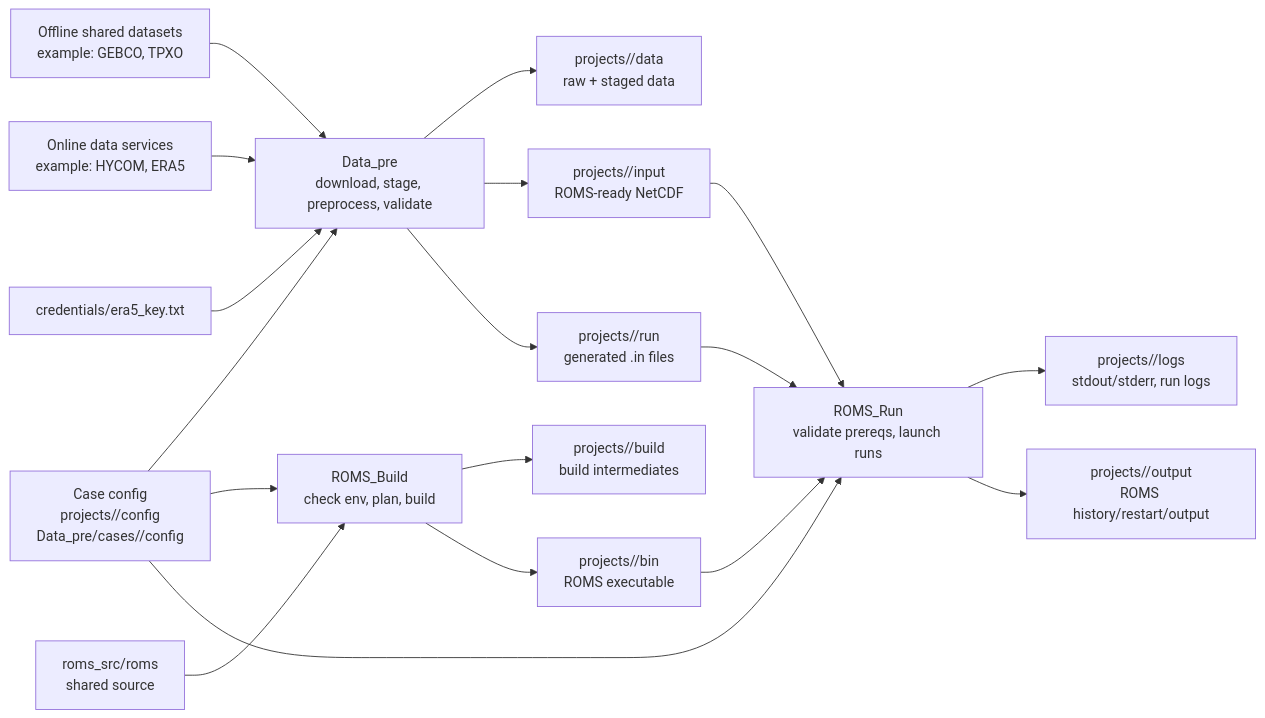
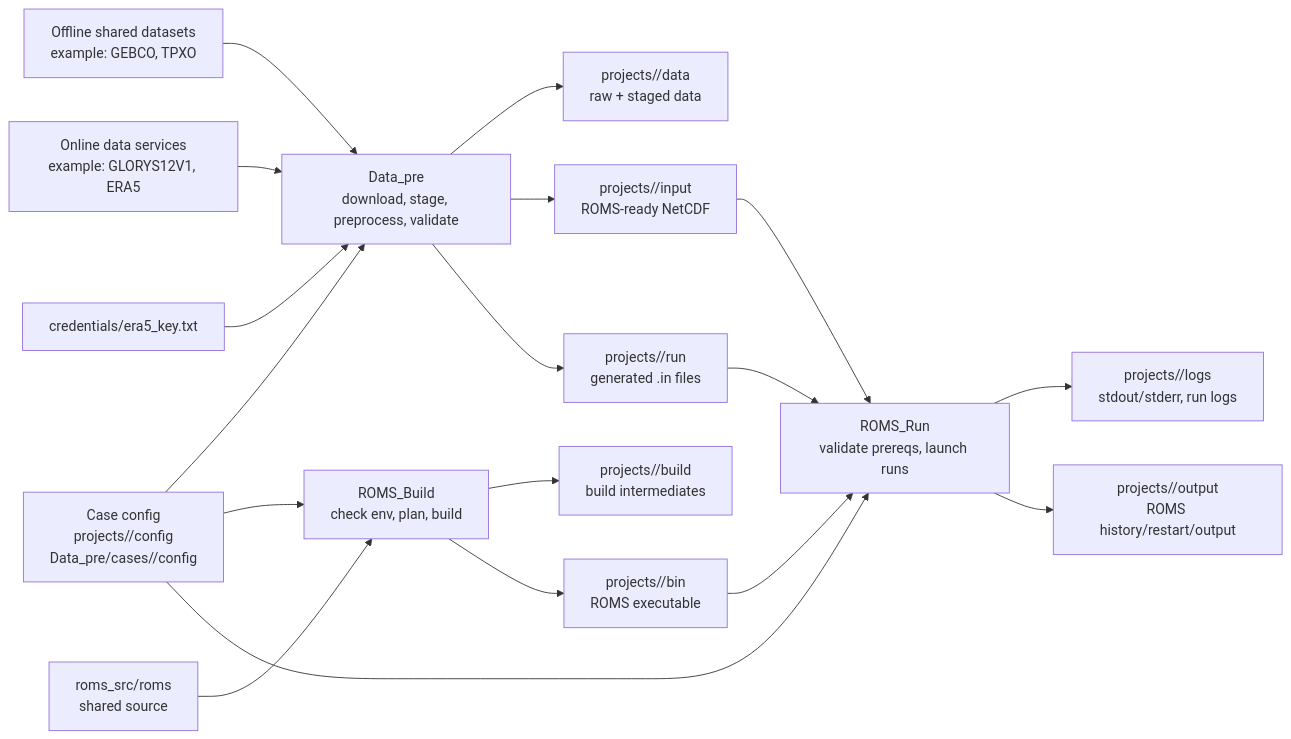
One commit to RRain001/ROMS changed the second of 2 diagrams in ARCHITECTURE_OVERVIEW.md. Above: the diagram before and after it, drawn with Mermaid. The commit also changed other lines of this file and 13 other files, not shown here.

````diff
--- a/ARCHITECTURE_OVERVIEW.md
+++ b/ARCHITECTURE_OVERVIEW.md
@@ -31,24 +31,24 @@
 ```mermaid
 flowchart LR
     A["Case config<br/>projects/<case>/config<br/>Data_pre/cases/<case>/config"] --> B["Data_pre<br/>download, stage, preprocess, validate"]
     C["Offline shared datasets<br/>example: GEBCO, TPXO"] --> B
-    D["Online data services<br/>example: HYCOM, ERA5"] --> B
+    D["Online data services<br/>example: GLORYS12V1, ERA5"] --> B
     E["credentials/era5_key.txt"] --> B
 
     B --> F["projects/<case>/data<br/>raw + staged data"]
     B --> G["projects/<case>/input<br/>ROMS-ready NetCDF"]
     B --> H["projects/<case>/run<br/>generated .in files"]
 
     I["roms_src/roms<br/>shared source"] --> J["ROMS_Build<br/>check env, plan, build"]
     A --> J
     J --> K["projects/<case>/build<br/>build intermediates"]
     J --> L["projects/<case>/bin<br/>ROMS executable"]
 
     G --> M["ROMS_Run<br/>validate prereqs, launch runs"]
     H --> M
     L --> M
     A --> M
 
     M --> N["projects/<case>/logs<br/>stdout/stderr, run logs"]
     M --> O["projects/<case>/output<br/>ROMS history/restart/output"]
 ```
````
